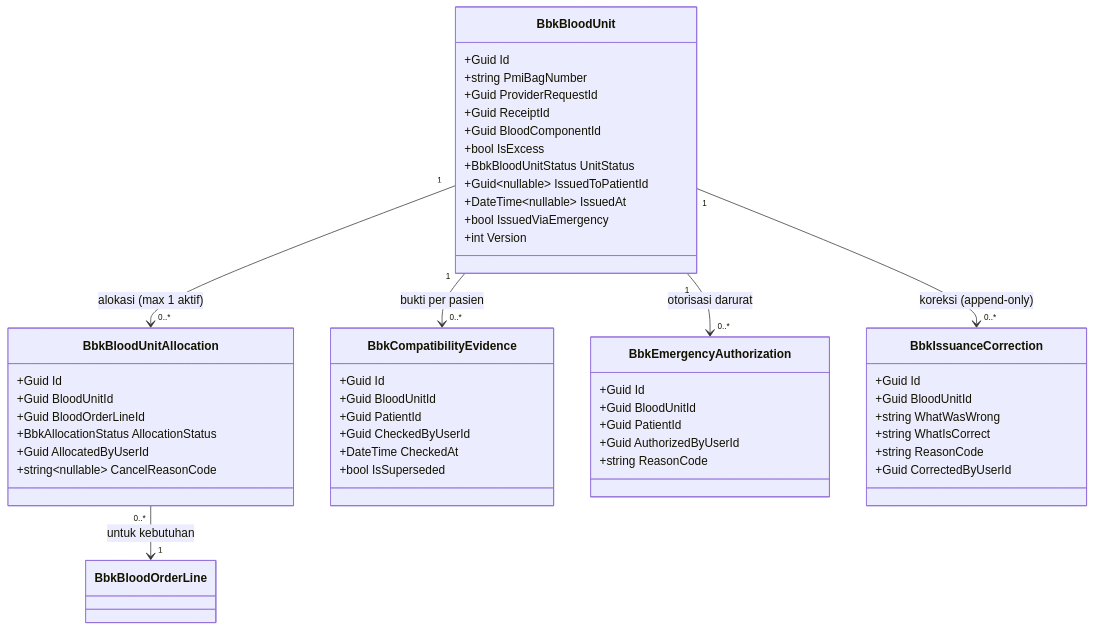
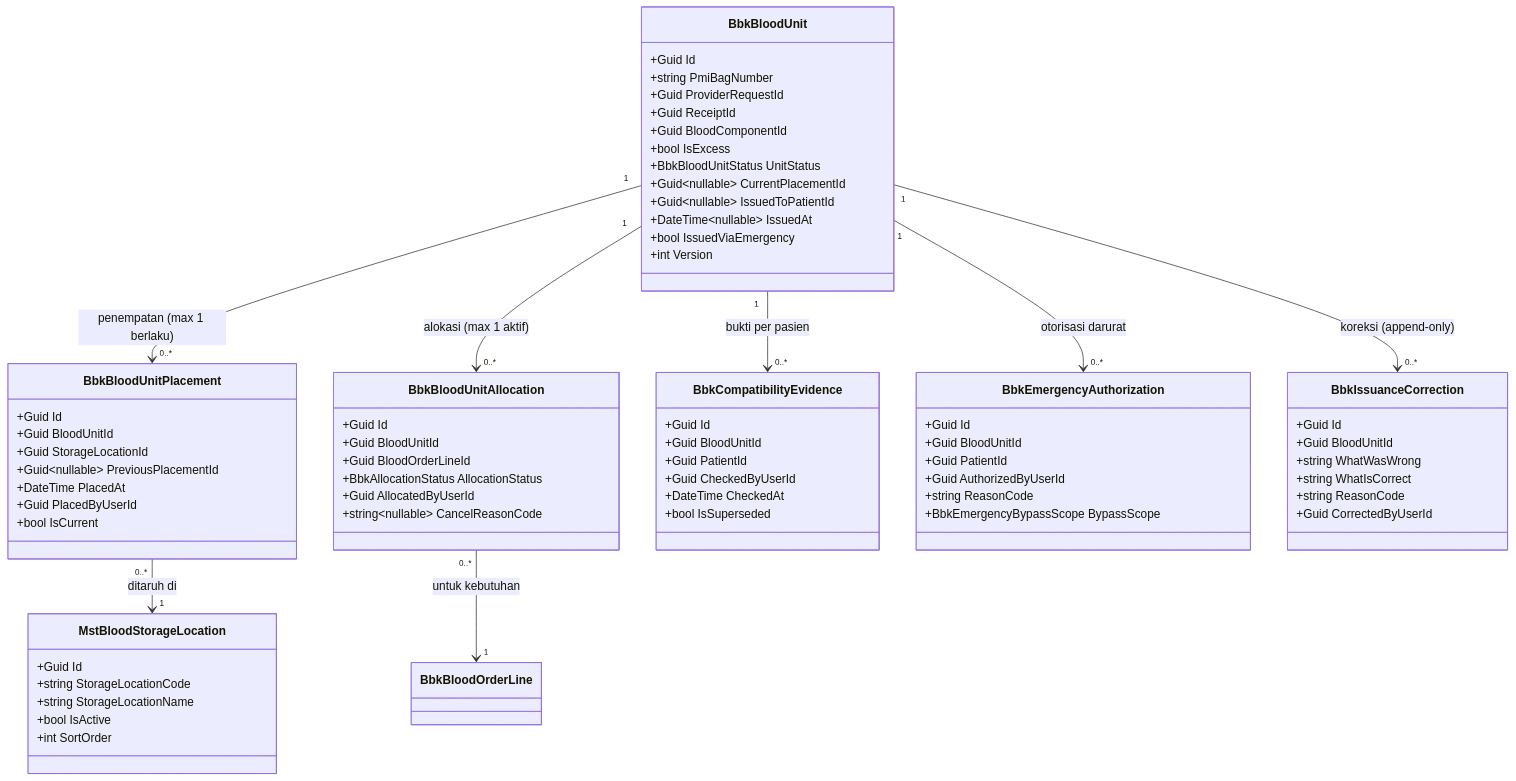
The second of 4 diagrams in docs/module-blueprints/bank-darah/02-backend-architecture.md (DevBenari/NewQuilvianSystemBackend), drawn with Mermaid before and after one commit. The commit also changed other lines of this file and 15 other files, not shown here.

````diff
--- a/docs/module-blueprints/bank-darah/02-backend-architecture.md
+++ b/docs/module-blueprints/bank-darah/02-backend-architecture.md
@@ -159,52 +183,72 @@
 ```mermaid
 classDiagram
     class BbkBloodUnit {
         +Guid Id
         +string PmiBagNumber
         +Guid ProviderRequestId
         +Guid ReceiptId
         +Guid BloodComponentId
         +bool IsExcess
         +BbkBloodUnitStatus UnitStatus
+        +Guid~nullable~ CurrentPlacementId
         +Guid~nullable~ IssuedToPatientId
         +DateTime~nullable~ IssuedAt
         +bool IssuedViaEmergency
         +int Version
+    }
+    class BbkBloodUnitPlacement {
+        +Guid Id
+        +Guid BloodUnitId
+        +Guid StorageLocationId
+        +Guid~nullable~ PreviousPlacementId
+        +DateTime PlacedAt
+        +Guid PlacedByUserId
+        +bool IsCurrent
+    }
+    class MstBloodStorageLocation {
+        +Guid Id
+        +string StorageLocationCode
+        +string StorageLocationName
+        +bool IsActive
+        +int SortOrder
     }
     class BbkBloodUnitAllocation {
         +Guid Id
         +Guid BloodUnitId
         +Guid BloodOrderLineId
         +BbkAllocationStatus AllocationStatus
         +Guid AllocatedByUserId
         +string~nullable~ CancelReasonCode
     }
     class BbkCompatibilityEvidence {
         +Guid Id
         +Guid BloodUnitId
         +Guid PatientId
         +Guid CheckedByUserId
         +DateTime CheckedAt
         +bool IsSuperseded
     }
     class BbkEmergencyAuthorization {
         +Guid Id
         +Guid BloodUnitId
         +Guid PatientId
         +Guid AuthorizedByUserId
         +string ReasonCode
+        +BbkEmergencyBypassScope BypassScope
     }
     class BbkIssuanceCorrection {
         +Guid Id
         +Guid BloodUnitId
         +string WhatWasWrong
         +string WhatIsCorrect
         +string ReasonCode
         +Guid CorrectedByUserId
     }
+    BbkBloodUnit "1" --> "0..*" BbkBloodUnitPlacement : penempatan (max 1 berlaku)
+    BbkBloodUnitPlacement "0..*" --> "1" MstBloodStorageLocation : ditaruh di
     BbkBloodUnit "1" --> "0..*" BbkBloodUnitAllocation : alokasi (max 1 aktif)
     BbkBloodUnit "1" --> "0..*" BbkCompatibilityEvidence : bukti per pasien
     BbkBloodUnit "1" --> "0..*" BbkEmergencyAuthorization : otorisasi darurat
     BbkBloodUnit "1" --> "0..*" BbkIssuanceCorrection : koreksi (append-only)
     BbkBloodUnitAllocation "0..*" --> "1" BbkBloodOrderLine : untuk kebutuhan
 ```
````
